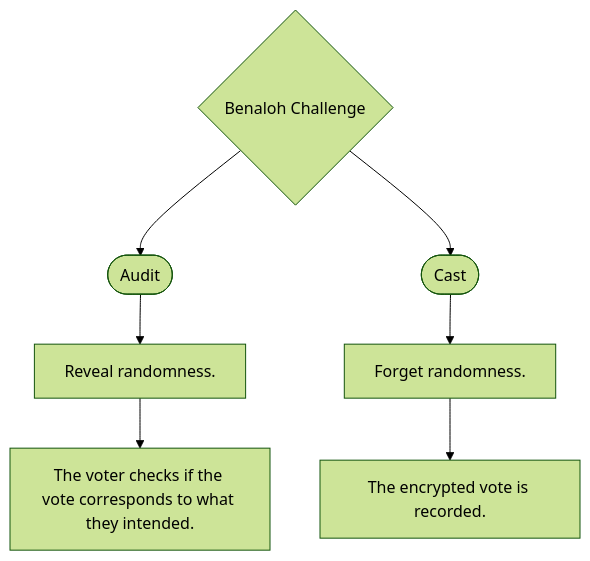
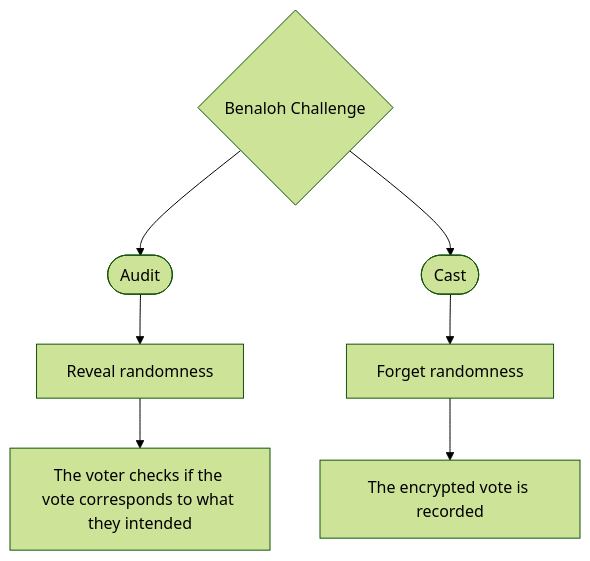
Before and after one commit to mjal/maxime.lalis.se: the diagram in content/posts/automatic_audit_through_benaloh_challenge.md, drawn with Mermaid (forest theme).

````diff
--- a/content/posts/automatic_audit_through_benaloh_challenge.md
+++ b/content/posts/automatic_audit_through_benaloh_challenge.md
@@ -12,11 +12,11 @@
 ```mermaid
 flowchart TD
     VM{Benaloh Challenge} --> E1([Audit]) --> Audit["`
-        Reveal randomness.
+        Reveal randomness
     `"]
-    Audit --> Audit2[The voter checks if the vote corresponds to what they intended.]
+    Audit --> Audit2[The voter checks if the vote corresponds to what they intended]
     VM --> E2([Cast]) --> Cast["`
-        Forget randomness.
+        Forget randomness
     `"]
-    Cast --> Cast2[The encrypted vote is recorded.]
+    Cast --> Cast2[The encrypted vote is recorded]
 ```
````
